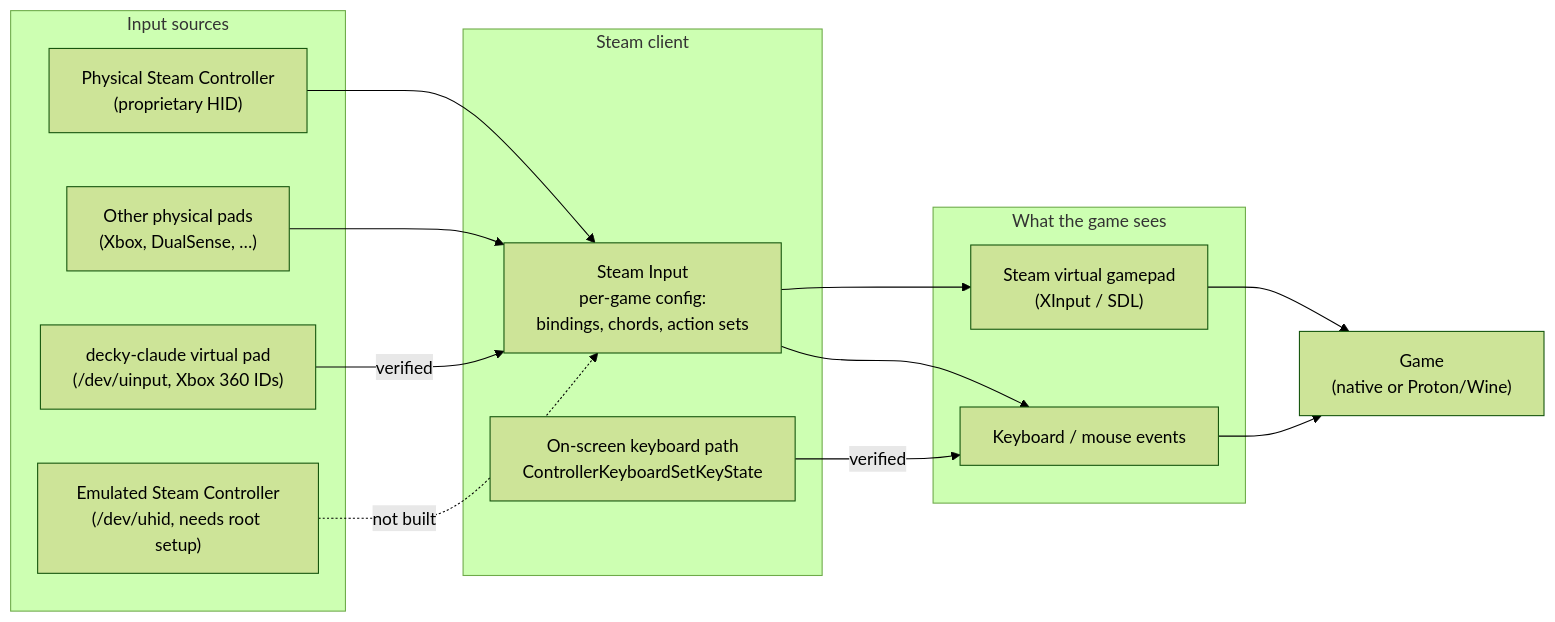
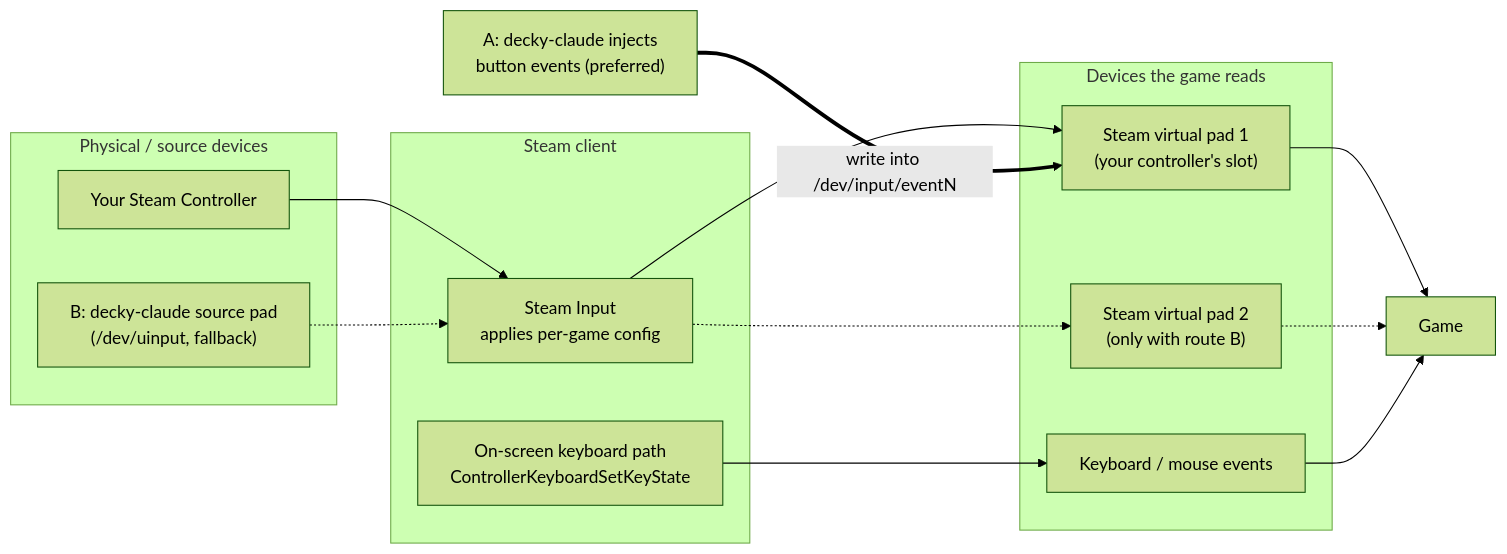
Before and after one commit to TuxLux40/decky-claude: the diagram in docs/game-input.md, drawn with Mermaid (forest theme). The commit also changed other lines of this file and 2 other files, not shown here.

First line of the commit message:
Game input: inject into the user's own Steam virtual pad (verified in RE9)

````diff
--- a/docs/game-input.md
+++ b/docs/game-input.md
@@ -20,31 +29,31 @@
 ```mermaid
 flowchart LR
-    subgraph sources["Input sources"]
-        SC["Physical Steam Controller<br/>(proprietary HID)"]
-        PAD["Other physical pads<br/>(Xbox, DualSense, …)"]
-        VP["decky-claude virtual pad<br/>(/dev/uinput, Xbox 360 IDs)"]
-        EMU["Emulated Steam Controller<br/>(/dev/uhid, needs root setup)"]
+    subgraph sources["Physical / source devices"]
+        SC["Your Steam Controller"]
+        VP["B: decky-claude source pad<br/>(/dev/uinput, fallback)"]
     end
 
     subgraph steam["Steam client"]
-        SI["Steam Input<br/>per-game config:<br/>bindings, chords, action sets"]
+        SI["Steam Input<br/>applies per-game config"]
         OSK["On-screen keyboard path<br/>ControllerKeyboardSetKeyState"]
     end
 
-    subgraph out["What the game sees"]
-        VX["Steam virtual gamepad<br/>(XInput / SDL)"]
+    subgraph seen["Devices the game reads"]
+        V1["Steam virtual pad 1<br/>(your controller's slot)"]
+        V2["Steam virtual pad 2<br/>(only with route B)"]
         KB["Keyboard / mouse events"]
     end
 
-    GAME["Game<br/>(native or Proton/Wine)"]
+    INJ["A: decky-claude injects<br/>button events (preferred)"]
+    GAME["Game"]
 
     SC --> SI
-    PAD --> SI
-    VP -- "verified" --> SI
-    EMU -. "not built" .-> SI
-    SI --> VX
-    SI --> KB
-    OSK -- "verified" --> KB
-    VX --> GAME
+    VP -.-> SI
+    SI --> V1
+    SI -.-> V2
+    INJ == "write into /dev/input/eventN" ==> V1
+    OSK --> KB
+    V1 --> GAME
+    V2 -.-> GAME
     KB --> GAME
 ```
````
